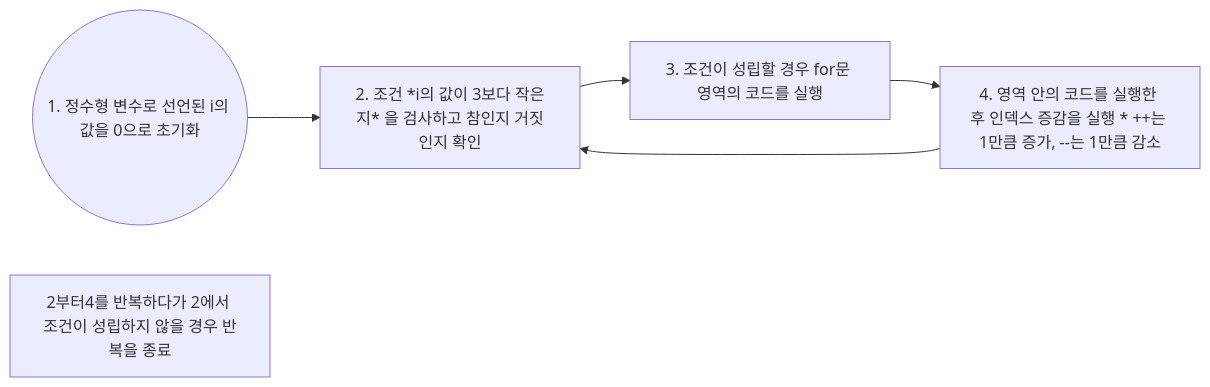
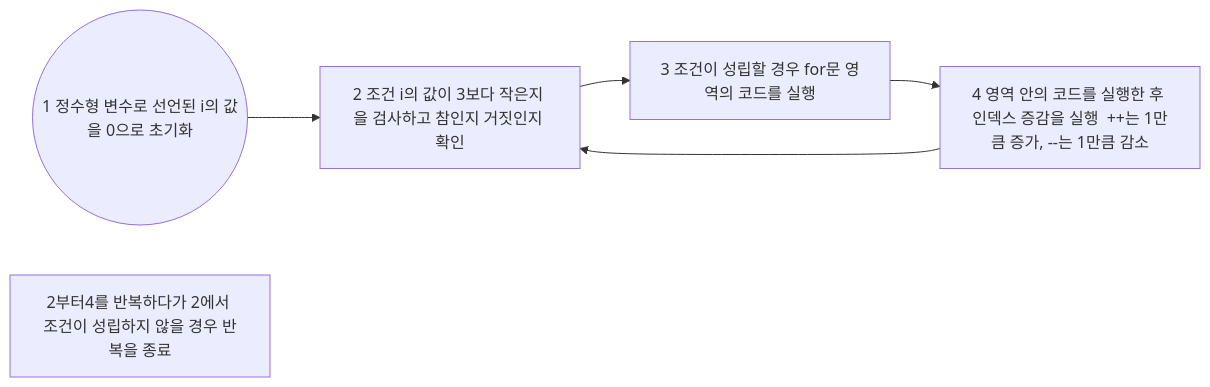
Before and after one commit to dognexon/cpp_memo: the diagram in README.md, drawn with Mermaid. The commit also changed other lines of this file, not shown here.

````diff
--- a/README.md
+++ b/README.md
@@ -127,9 +127,9 @@
 ```mermaid
 graph LR
-A((1. 정수형 변수로 선언된 i의 값을 0으로 초기화)) --> 
-B[2. 조건 *i의 값이 3보다 작은지* 을 검사하고 참인지 거짓인지 확인 ] -->
-C[3. 조건이 성립할 경우 for문 영역의 코드를 실행] -->
-D[4. 영역 안의 코드를 실행한 후 인덱스 증감을 실행 * ++는 1만큼 증가, --는 1만큼 감소]
+A((1 정수형 변수로 선언된 i의 값을 0으로 초기화)) --> 
+B[2 조건 i의 값이 3보다 작은지 을 검사하고 참인지 거짓인지 확인 ] -->
+C[3 조건이 성립할 경우 for문 영역의 코드를 실행] -->
+D[4 영역 안의 코드를 실행한 후 인덱스 증감을 실행  ++는 1만큼 증가, --는 1만큼 감소]
 E[2부터4를 반복하다가 2에서 조건이 성립하지 않을 경우 반복을 종료]
 D --> B
 ```
````
